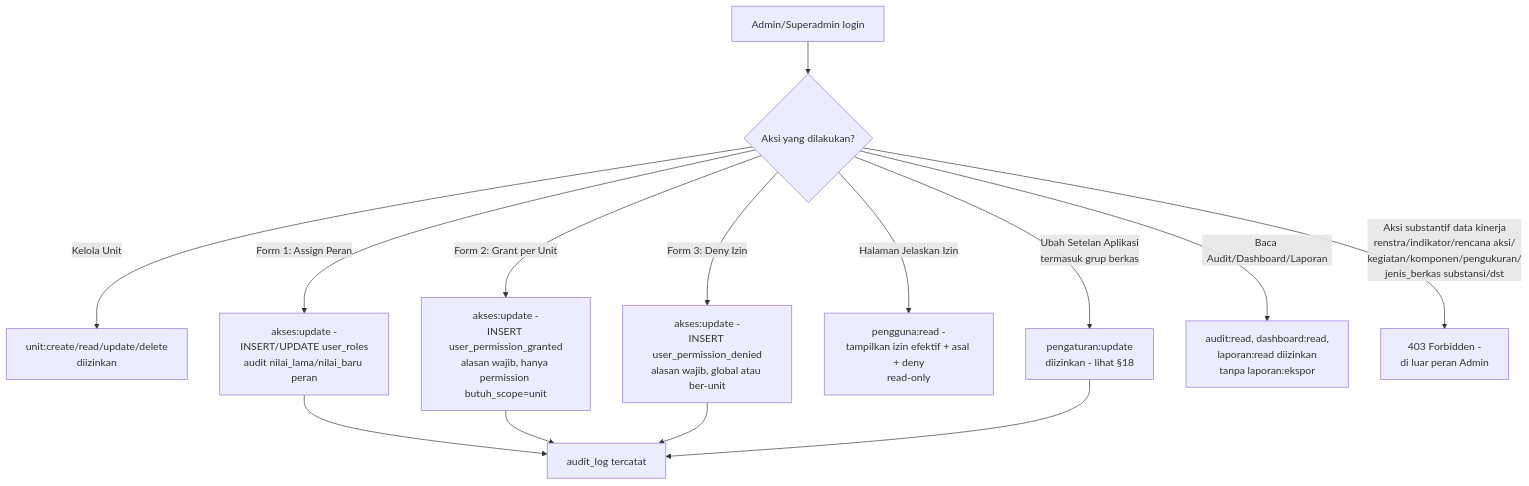
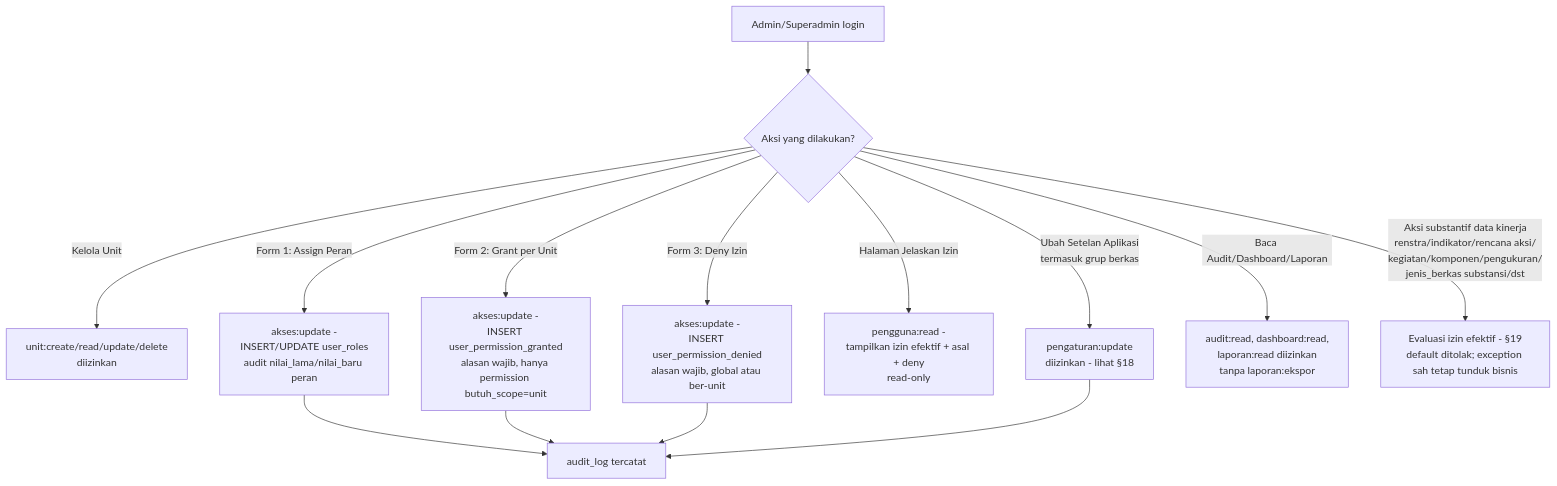
One commit to LLDIKTI-XVI-TEAM/SAKIP changed diagram 22 of 23 in document/SAKIP - Workflow.md. Above: the diagram before and after it, drawn with Mermaid. The commit also changed other lines of this file and 4 other files, not shown here.

````diff
--- a/document/SAKIP - Workflow.md
+++ b/document/SAKIP - Workflow.md
@@ -1736,16 +1733,16 @@
 ```mermaid
 flowchart TD
     A[Admin/Superadmin login] --> B{Aksi yang dilakukan?}
     B -- Kelola Unit --> C[unit:create/read/update/delete\ndiizinkan]
     B -- Form 1: Assign Peran --> D1[akses:update -\nINSERT/UPDATE user_roles\naudit nilai_lama/nilai_baru peran]
     B -- Form 2: Grant per Unit --> D2[akses:update -\nINSERT user_permission_granted\nalasan wajib, hanya permission butuh_scope=unit]
     B -- Form 3: Deny Izin --> D3[akses:update -\nINSERT user_permission_denied\nalasan wajib, global atau ber-unit]
     B -- Halaman Jelaskan Izin --> D4[pengguna:read -\ntampilkan izin efektif + asal + deny\nread-only]
     B -- Ubah Setelan Aplikasi\ntermasuk grup berkas --> E[pengaturan:update\ndiizinkan - lihat §18]
     B -- Baca Audit/Dashboard/Laporan --> F[audit:read, dashboard:read,\nlaporan:read diizinkan\ntanpa laporan:ekspor]
-    B -- Aksi substantif data kinerja\nrenstra/indikator/rencana aksi/\nkegiatan/komponen/pengukuran/\njenis_berkas substansi/dst --> G[403 Forbidden -\ndi luar peran Admin]
+    B -- Aksi substantif data kinerja\nrenstra/indikator/rencana aksi/\nkegiatan/komponen/pengukuran/\njenis_berkas substansi/dst --> G[Evaluasi izin efektif - §19\ndefault ditolak; exception sah tetap tunduk bisnis]
     D1 --> H[audit_log tercatat]
     D2 --> H
     D3 --> H
     E --> H
 ```
````
